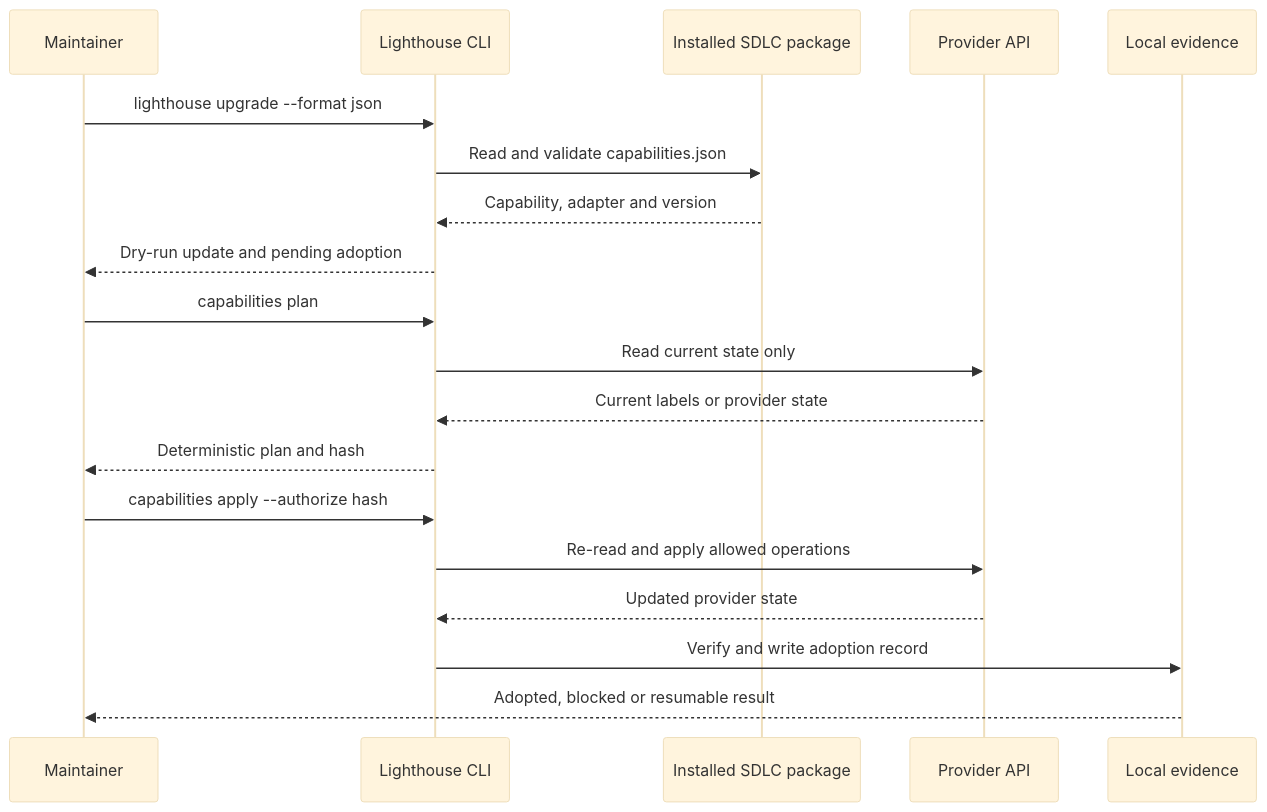
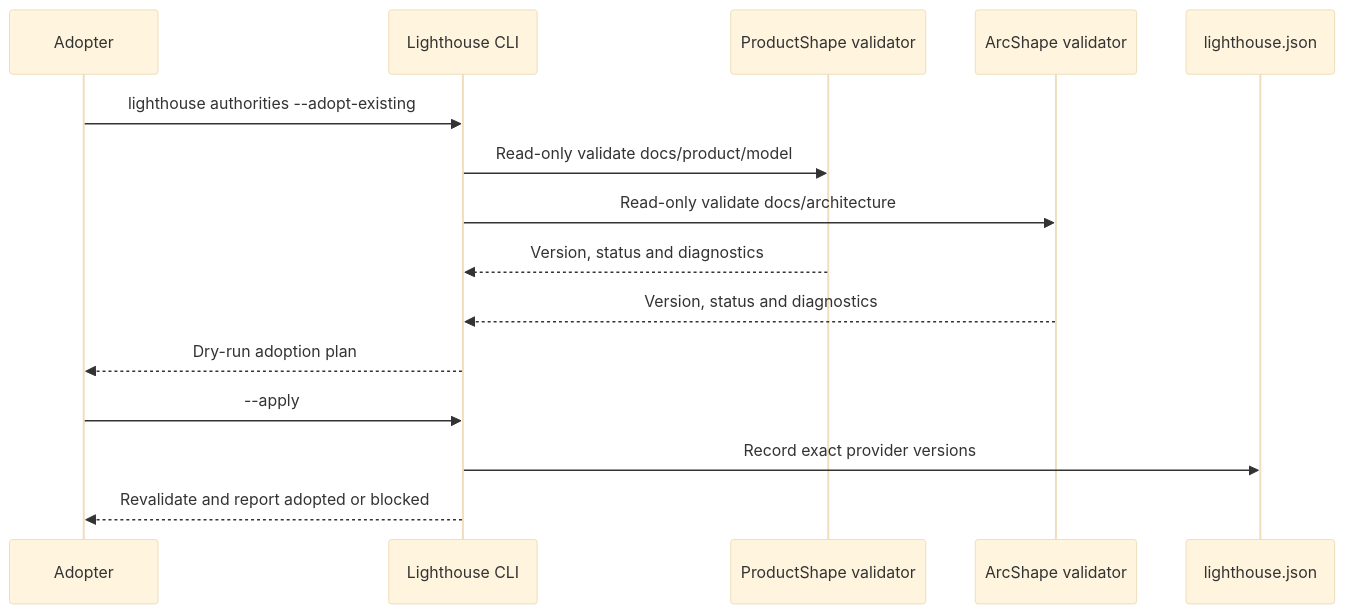
Before and after one commit to juangcarmona/lighthouse: the third of 5 diagrams in docs/architecture/06-runtime-view/README.md, drawn with Mermaid (base theme). The commit also changed other lines of this file and 13 other files, not shown here.

First line of the commit message:
docs(architecture): reconcile docs with implementation (#48)

````diff
--- a/docs/architecture/06-runtime-view/README.md
+++ b/docs/architecture/06-runtime-view/README.md
@@ -56,22 +52,18 @@
 ```mermaid
 sequenceDiagram
-    accTitle: Capability discovery and explicit provider adoption
-    participant Maintainer
+    accTitle: Existing-authority adoption
+    participant Adopter
     participant CLI as Lighthouse CLI
-    participant Package as Installed SDLC package
-    participant Provider as Provider API
-    participant Evidence as Local evidence
-    Maintainer->>CLI: lighthouse upgrade --format json
-    CLI->>Package: Read and validate capabilities.json
-    Package-->>CLI: Capability, adapter and version
-    CLI-->>Maintainer: Dry-run update and pending adoption
-    Maintainer->>CLI: capabilities plan
-    CLI->>Provider: Read current state only
-    Provider-->>CLI: Current labels or provider state
-    CLI-->>Maintainer: Deterministic plan and hash
-    Maintainer->>CLI: capabilities apply --authorize hash
-    CLI->>Provider: Re-read and apply allowed operations
-    Provider-->>CLI: Updated provider state
-    CLI->>Evidence: Verify and write adoption record
-    Evidence-->>Maintainer: Adopted, blocked or resumable result
+    participant Product as ProductShape validator
+    participant Arc as ArcShape validator
+    participant Manifest as lighthouse.json
+    Adopter->>CLI: lighthouse authorities --adopt-existing
+    CLI->>Product: Read-only validate docs/product/model
+    CLI->>Arc: Read-only validate docs/architecture
+    Product-->>CLI: Version, status and diagnostics
+    Arc-->>CLI: Version, status and diagnostics
+    CLI-->>Adopter: Dry-run adoption plan
+    Adopter->>CLI: --apply
+    CLI->>Manifest: Record exact provider versions
+    CLI-->>Adopter: Revalidate and report adopted or blocked
 ```
````
